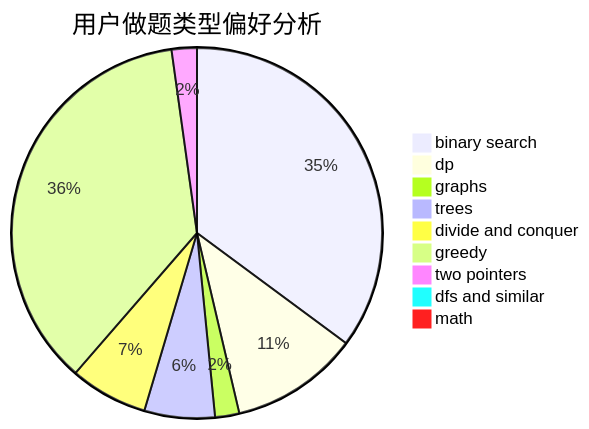
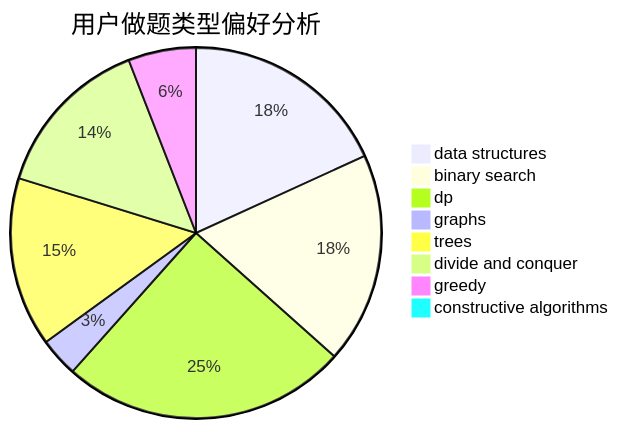
One commit to sherpahu/cfrs.github.io changed the second of 3 diagrams in docs/user/u136.md. Above: the diagram before and after it, drawn with Mermaid. The commit also changed other lines of this file and 2775 other files, not shown here.

````diff
--- a/docs/user/u136.md
+++ b/docs/user/u136.md
@@ -23,12 +23,11 @@
 ```mermaid
 pie title 用户做题类型偏好分析
-    "binary search" :  383
-    "dp" :  122
-    "graphs" :  23
-    "trees" :  67
-    "divide and conquer" :  74
-    "greedy" :  397
-    "two pointers" :  24
-    "dfs and similar" :  5
-    "math" :  5
+    "data structures" :  80
+    "binary search" :  81
+    "dp" :  110
+    "graphs" :  15
+    "trees" :  65
+    "divide and conquer" :  63
+    "greedy" :  26
+    "constructive algorithms" :  0
 ```
````
